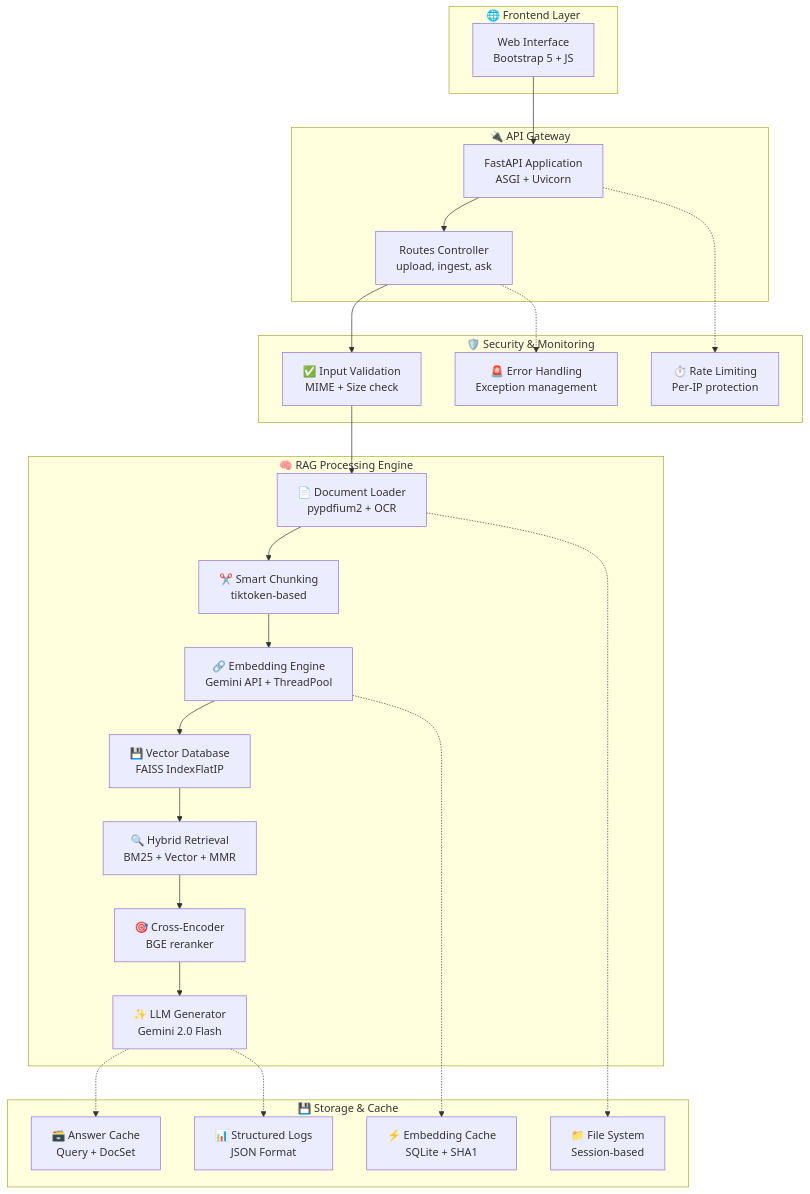
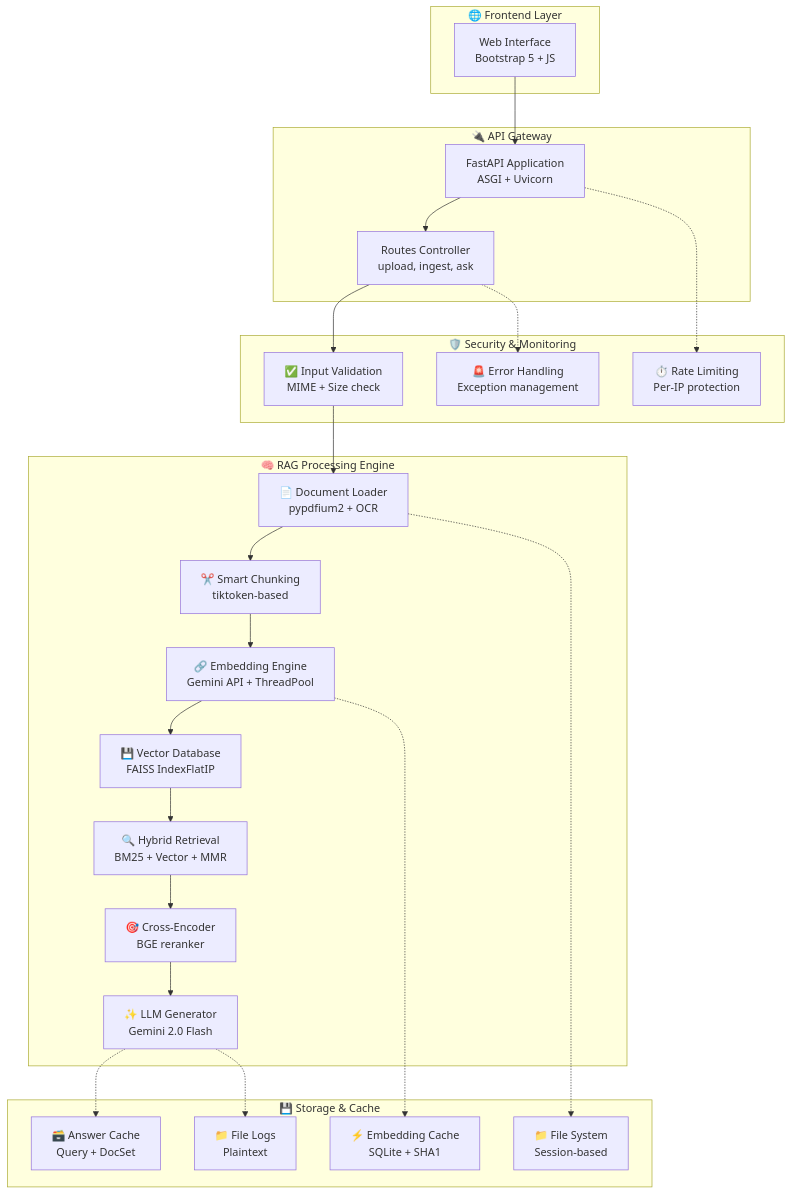
The second of 2 diagrams in README.md (dungle03/rag-pdf), drawn with Mermaid before and after one commit. The commit also changed other lines of this file, not shown here.

````diff
--- a/README.md
+++ b/README.md
@@ -51,52 +51,52 @@
 ```mermaid
 graph TB
     subgraph Frontend["🌐 Frontend Layer"]
         UI["Web Interface<br/>Bootstrap 5 + JS"]
     end
     
     subgraph Gateway["🔌 API Gateway"]
         API["FastAPI Application<br/>ASGI + Uvicorn"]
         ROUTES["Routes Controller<br/>upload, ingest, ask"]
     end
     
     subgraph RAGEngine["🧠 RAG Processing Engine"]
         LOADER["📄 Document Loader<br/>pypdfium2 + OCR"]
         CHUNK["✂️ Smart Chunking<br/>tiktoken-based"]
         EMBED["🔗 Embedding Engine<br/>Gemini API + ThreadPool"]
         VECTOR["💾 Vector Database<br/>FAISS IndexFlatIP"]
         SEARCH["🔍 Hybrid Retrieval<br/>BM25 + Vector + MMR"]
         RERANK["🎯 Cross-Encoder<br/>BGE reranker"]
         GEN["✨ LLM Generator<br/>Gemini 2.0 Flash"]
     end
     
     subgraph Storage["💾 Storage & Cache"]
         FILES["📁 File System<br/>Session-based"]
         ECACHE["⚡ Embedding Cache<br/>SQLite + SHA1"]
         ACACHE["🗃️ Answer Cache<br/>Query + DocSet"]
-        LOGS["📊 Structured Logs<br/>JSON Format"]
+        LOGS["📁 File Logs<br/>Plaintext"]
     end
     
     subgraph Security["🛡️ Security & Monitoring"]
         VALID["✅ Input Validation<br/>MIME + Size check"]
         RATE["⏱️ Rate Limiting<br/>Per-IP protection"]
         ERROR["🚨 Error Handling<br/>Exception management"]
     end
     
     UI --> API
     API --> ROUTES
     ROUTES --> VALID
     VALID --> LOADER
     LOADER --> CHUNK
     CHUNK --> EMBED
     EMBED --> VECTOR
     VECTOR --> SEARCH
     SEARCH --> RERANK
     RERANK --> GEN
     
     EMBED -.-> ECACHE
     GEN -.-> ACACHE
     LOADER -.-> FILES
     API -.-> RATE
     ROUTES -.-> ERROR
     GEN -.-> LOGS
 ```
````
